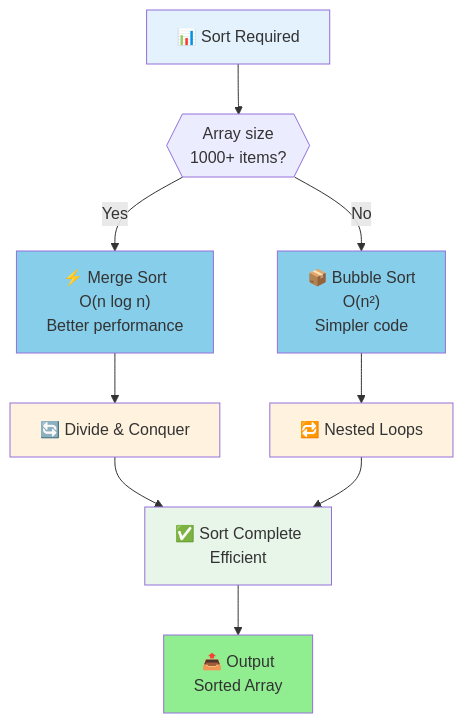
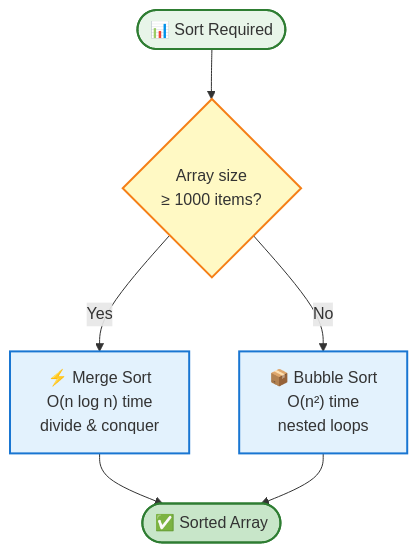
The diagram in diagrams/source-code/flowcharts/sorting-decision-tree.mmd (4BZDOG/HSC_SoftwareEngineering), drawn with Mermaid before and after one commit. The commit also changed 14 other files, not shown here.

First line of the commit message:
refactor(diagrams): unify course diagrams with shared design system

```diff
--- a/diagrams/source-code/flowcharts/sorting-decision-tree.mmd
+++ b/diagrams/source-code/flowcharts/sorting-decision-tree.mmd
@@ -1,21 +1,20 @@
+%% Choosing a sort algorithm by input size — O(n²) vs O(n log n) trade-off
+%% Syllabus: SE-11-02
 flowchart TD
-    A["📊 Sort Required"] --> B{{"Array size<br/>1000+ items?"}}
+    A(["📊 Sort Required"]) --> B{"Array size<br/>≥ 1000 items?"}
 
-    B -->|Yes| C["⚡ Merge Sort<br/>O(n log n)<br/>Better performance"]
-    B -->|No| D["📦 Bubble Sort<br/>O(n²)<br/>Simpler code"]
+    B -- Yes --> C["⚡ Merge Sort<br/>O(n log n) time<br/>divide &amp; conquer"]
+    B -- No  --> D["📦 Bubble Sort<br/>O(n²) time<br/>nested loops"]
 
-    C --> E["🔄 Divide & Conquer"]
-    D --> F["🔁 Nested Loops"]
+    C --> G(["✅ Sorted Array"])
+    D --> G
 
-    E --> G["✅ Sort Complete<br/>Efficient"]
-    F --> G
+    classDef start    fill:#e8f5e9,stroke:#2E7D32,stroke-width:2px
+    classDef decision fill:#fff9c4,stroke:#F57F17,stroke-width:2px
+    classDef process  fill:#e3f2fd,stroke:#1976D2,stroke-width:2px
+    classDef good     fill:#c8e6c9,stroke:#2E7D32,stroke-width:2px
 
-    G --> H["📤 Output<br/>Sorted Array"]
-
-    style A fill:#E3F2FD
-    style C fill:#87CEEB
-    style D fill:#87CEEB
-    style E fill:#fff3e0
-    style F fill:#fff3e0
-    style G fill:#E8F5E9
-    style H fill:#90EE90
+    class A start
+    class B decision
+    class C,D process
+    class G good
```
